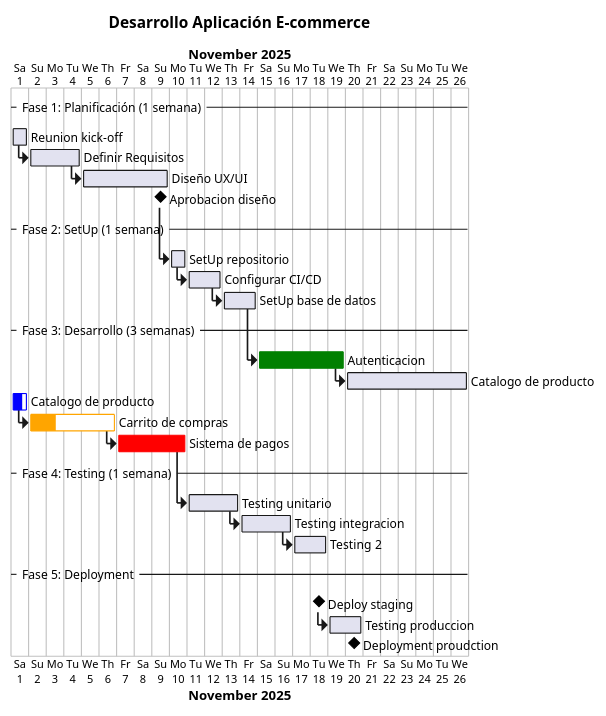
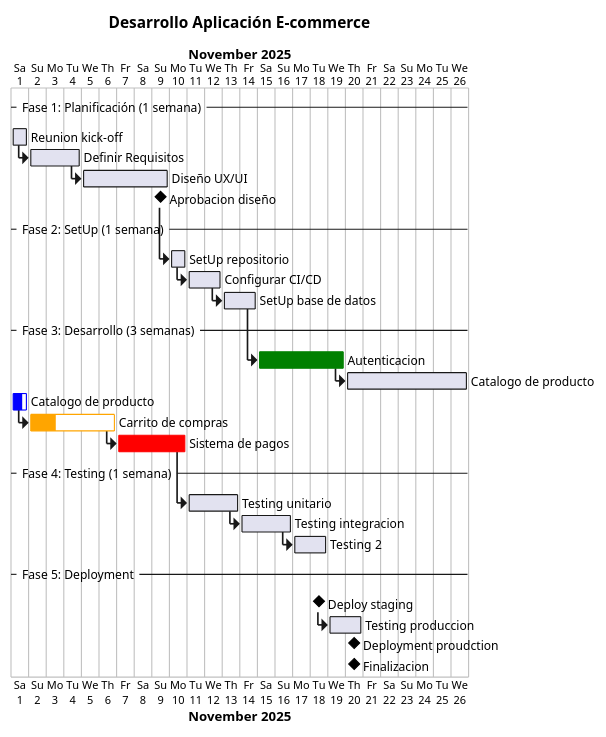
One commit to Emiliomuci/estudioigps changed the diagram in gant.puml. Above: the diagram before and after it, drawn with PlantUML.

Commit message:
Agregacion de gant

```diff
--- a/gant.puml
+++ b/gant.puml
@@ -1,48 +1,49 @@
 @startgantt
 title Desarrollo Aplicación E-commerce
 printscale daily
 
 Project starts 2025-11-01
 
 -- Fase 1: Planificación (1 semana) --
 [Reunion kick-off] lasts 1 day
 [Definir Requisitos] lasts 3 days and starts at [Reunion kick-off]'s end
 [Diseño UX/UI] lasts 5 days and starts at [Definir Requisitos]'s end
 [Aprobacion diseño] happens at [Diseño UX/UI]'s end
 
 
 -- Fase 2: SetUp (1 semana) --
 [SetUp repositorio] lasts 1 day and starts at [Aprobacion diseño]'s end
 [Configurar CI/CD] lasts 2 days and starts at [SetUp repositorio]'s end
 [SetUp base de datos] lasts 2 days and starts at [Configurar CI/CD]'s end
 
 -- Fase 3: Desarrollo (3 semanas) --
 [Autenticacion] lasts  5 days and starts at [SetUp base de datos]'s end
 [Autenticacion] is colored in Green
 [Autenticacion] is 100% complete
 
 [Catalogo de producto ] lasts 7 days and starts at [Autenticacion]'s end
 [Catalogo de producto] is colored in Blue
 [Catalogo de producto] is 70% complete
 
 [Carrito de compras] lasts 5 days and starts at [Catalogo de producto]'s end
 [Carrito de compras] is colored in Orange
 [Carrito de compras] is 30% complete
 
 [Sistema de pagos] lasts 4 days and starts at [Carrito de compras]'s end
 [Sistema de pagos] is colored in Red
 
 -- Fase 4: Testing (1 semana) --
 [Testing unitario] lasts 3 days and starts at [Sistema de pagos]'s end
 [Testing integracion] lasts 3 days  and starts at [Testing unitario]'s end
 [Testing 2] lasts 2 days and starts at [Testing integracion]'s end
 
 -- Fase 5: Deployment --
 [Deploy staging] happens at [Testing 2]'s end
 [Testing produccion] lasts 2 days and starts at [Deploy staging]'s end
 [Deployment proudction] happens at [Testing produccion]'s end
 
-
+[Finalizacion] happens at [Deployment proudction]'s end
+        
 
 
 @endgantt
```
